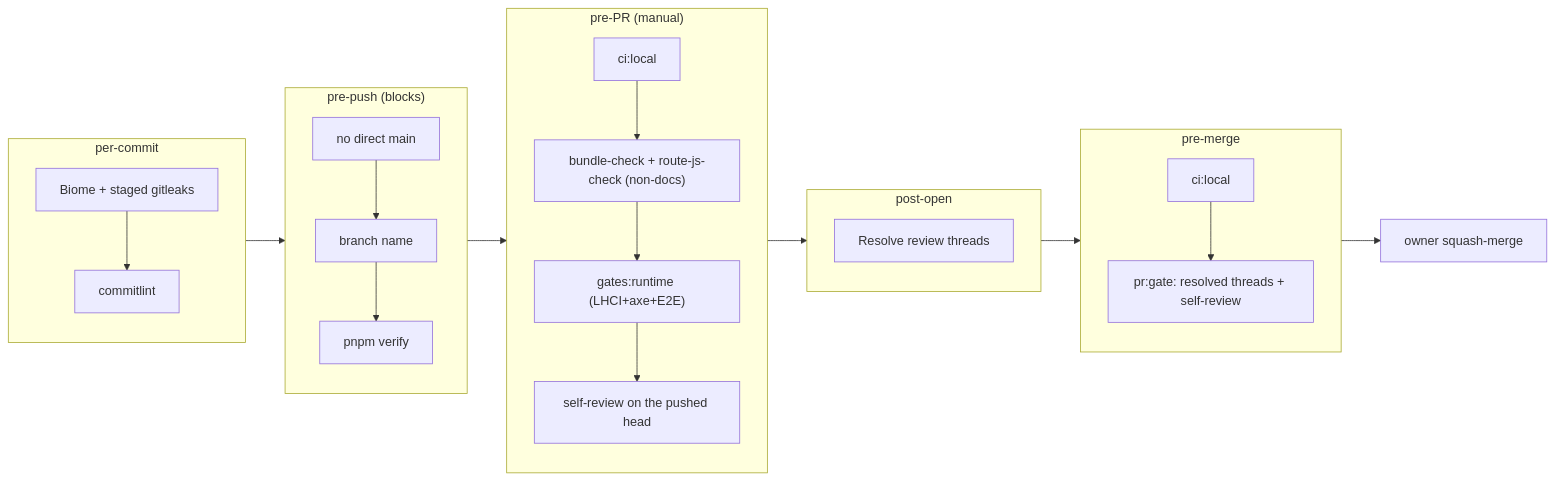
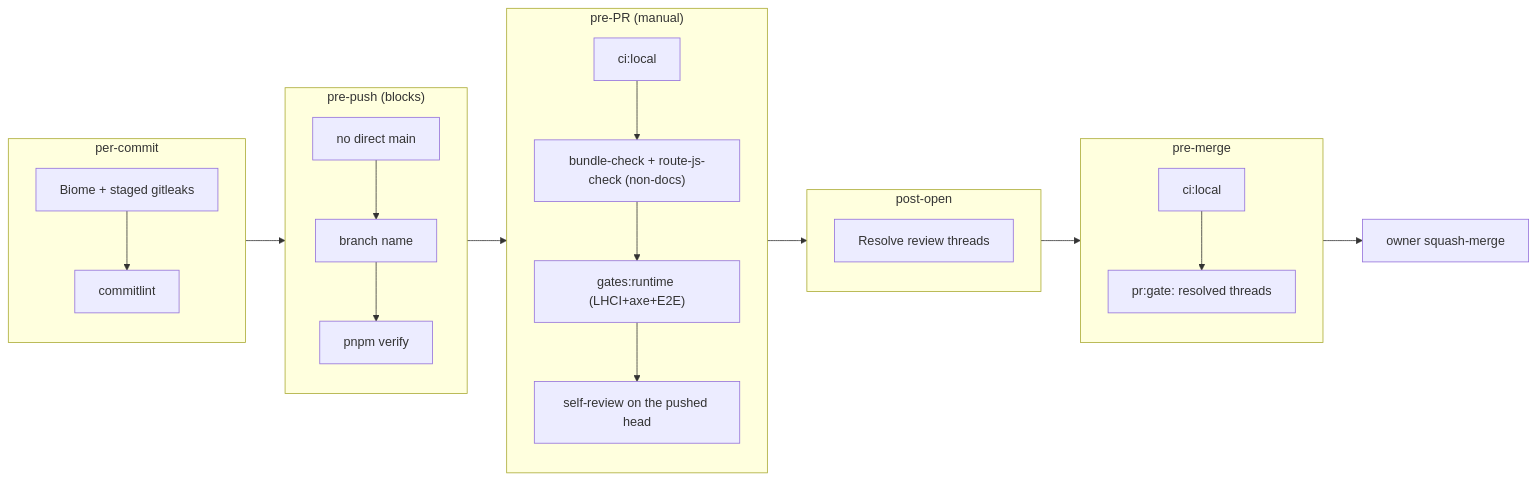
The second of 2 diagrams in docs/handbook/development-lifecycle.md (erikunha/portfolio), drawn with Mermaid before and after one commit. The commit also changed other lines of this file and 22 other files, not shown here.

````diff
--- a/docs/handbook/development-lifecycle.md
+++ b/docs/handbook/development-lifecycle.md
@@ -102,19 +102,19 @@
 ```mermaid
 flowchart LR
     subgraph commit["per-commit"]
         g1["Biome + staged gitleaks"] --> g2["commitlint"]
     end
     subgraph prepush["pre-push (blocks)"]
         g3["no direct main"] --> g4["branch name"] --> g7["pnpm verify"]
     end
     subgraph prepr["pre-PR (manual)"]
         g8["ci:local"] --> g9["bundle-check + route-js-check (non-docs)"] --> g11["gates:runtime (LHCI+axe+E2E)"] --> g12["self-review on the pushed head"]
     end
     subgraph open["post-open"]
         g13["Resolve review threads"]
     end
     subgraph premerge["pre-merge"]
-        g15["ci:local"] --> g18["pr:gate: resolved threads + self-review"]
+        g15["ci:local"] --> g18["pr:gate: resolved threads"]
     end
     commit --> prepush --> prepr --> open --> premerge --> merge["owner squash-merge"]
 ```
````
